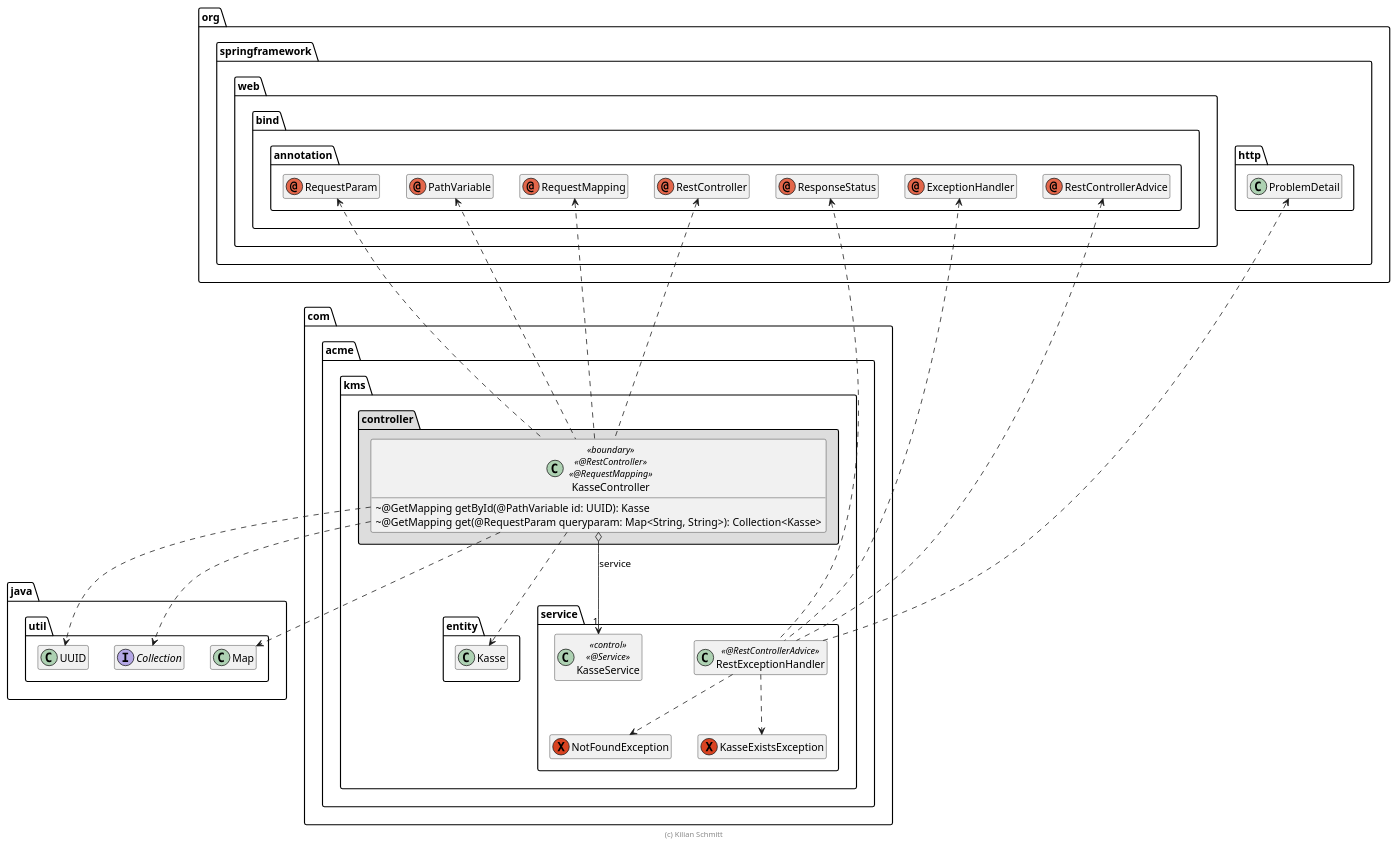
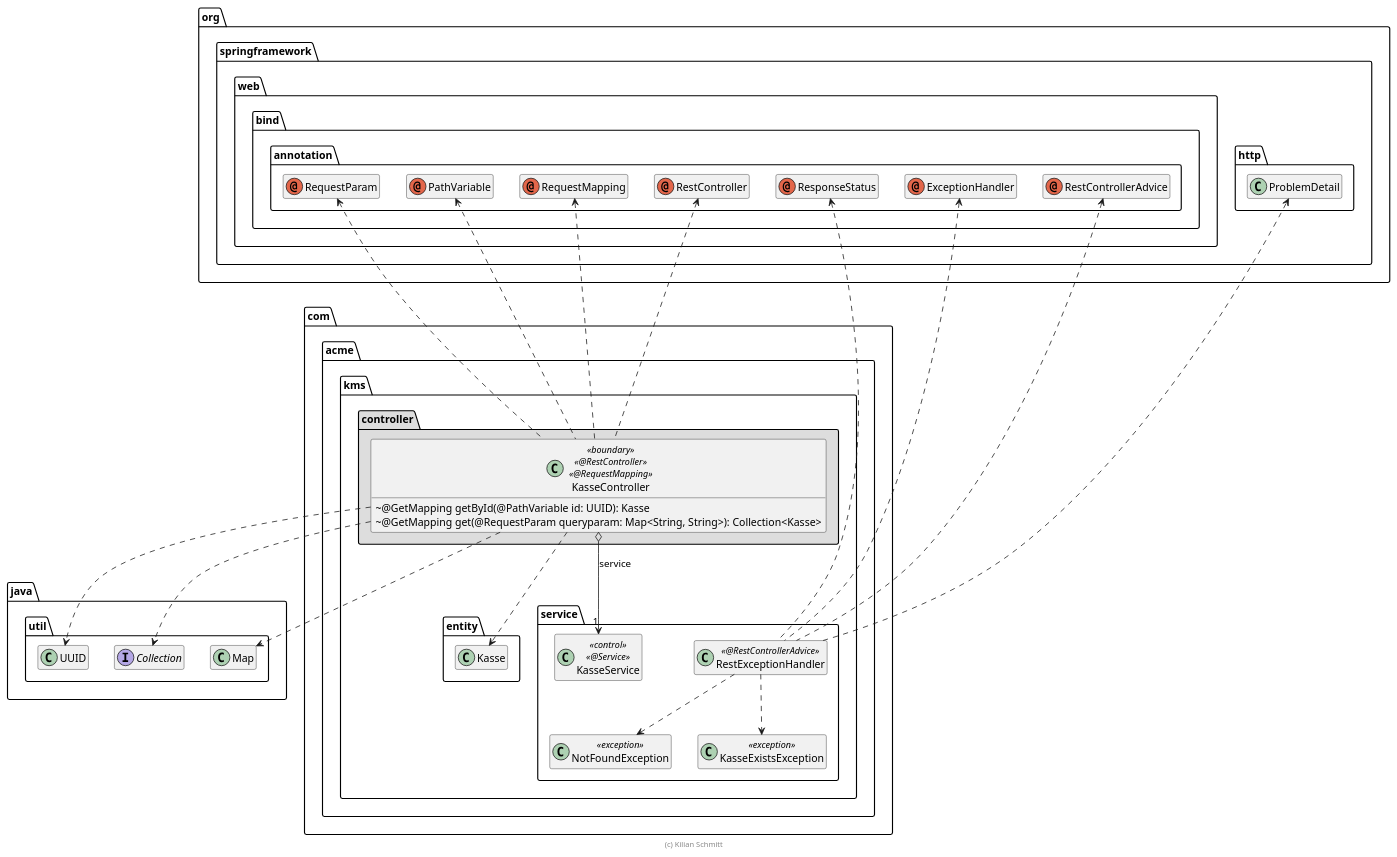
Before and after one commit to KilianSchmitt/kassen-managment-system: the diagram in extras/doc/KasseController.plantuml, drawn with PlantUML. The commit also changed 16 other files, not shown here.

Commit message:
A1: Javadoc with UML-Diagrams working

```diff
--- a/extras/doc/KasseController.plantuml
+++ b/extras/doc/KasseController.plantuml
@@ -1,63 +1,63 @@
 @startuml KasseController
 skinparam classAttributeIconSize 0
 
 package org.springframework {
     package web.bind.annotation {
         annotation RestController
         annotation RequestMapping
         annotation PathVariable
         annotation RequestParam
         annotation ExceptionHandler
         annotation ResponseStatus
         annotation RestControllerAdvice
     }
     package http {
         class ProblemDetail
     }
 }
 
 package java.util {
     interface Collection
     class Map
     class UUID
 }
 
 package com.acme.kms {
     package entity {
         class Kasse
     }
     package service {
         class KasseService <<control>> <<@Service>>
-        exception NotFoundException
-        exception KasseExistsException
+        class NotFoundException <<exception>>
+        class KasseExistsException <<exception>>
         class RestExceptionHandler <<@RestControllerAdvice>>
     }
     package controller #DDDDDD {
         class KasseController <<boundary>> <<@RestController>> <<@RequestMapping>> {
             ~ @GetMapping getById(@PathVariable id: UUID): Kasse
             ~ @GetMapping get(@RequestParam queryparam: Map<String, String>): Collection<Kasse>
         }
 
         KasseController o--> "1" KasseService : service
         KasseController .up.> RestController
         KasseController .up.> RequestMapping
         KasseController .up.> PathVariable
         KasseController .up.> RequestParam
         KasseController .right.> UUID
         KasseController ..> Collection
         KasseController ..> Map
         KasseController .down.> Kasse
 
         RestExceptionHandler .up.> RestControllerAdvice
         RestExceptionHandler .up.> ExceptionHandler
         RestExceptionHandler .up.> ResponseStatus
         RestExceptionHandler ..> NotFoundException
         RestExceptionHandler ..> KasseExistsException
         RestExceptionHandler ..> ProblemDetail
     }
 }
 
 hide empty members
 
 footer (c) Kilian Schmitt
 @enduml
```
